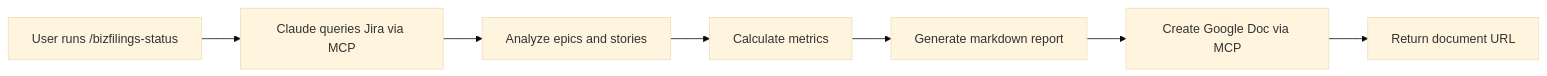
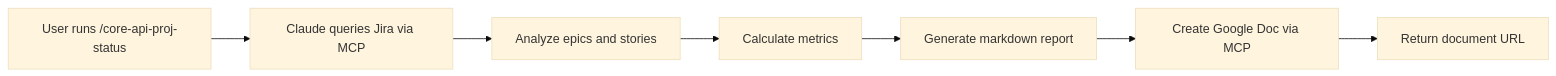
Before and after one commit to shaigh-lz/claude-skills: the diagram in docs/STRATEGIC-PLAN.md, drawn with Mermaid (base theme). The commit also changed other lines of this file and 7 other files, not shown here.

First line of the commit message:
Rename skill from /bizfilings-status to /core-api-proj-status and update all references

````diff
--- a/docs/STRATEGIC-PLAN.md
+++ b/docs/STRATEGIC-PLAN.md
@@ -40,9 +40,9 @@
 ```mermaid
 graph LR
-    A[User runs /bizfilings-status] --> B[Claude queries Jira via MCP]
+    A[User runs /core-api-proj-status] --> B[Claude queries Jira via MCP]
     B --> C[Analyze epics and stories]
     C --> D[Calculate metrics]
     D --> E[Generate markdown report]
     E --> F[Create Google Doc via MCP]
     F --> G[Return document URL]
 ```
````
